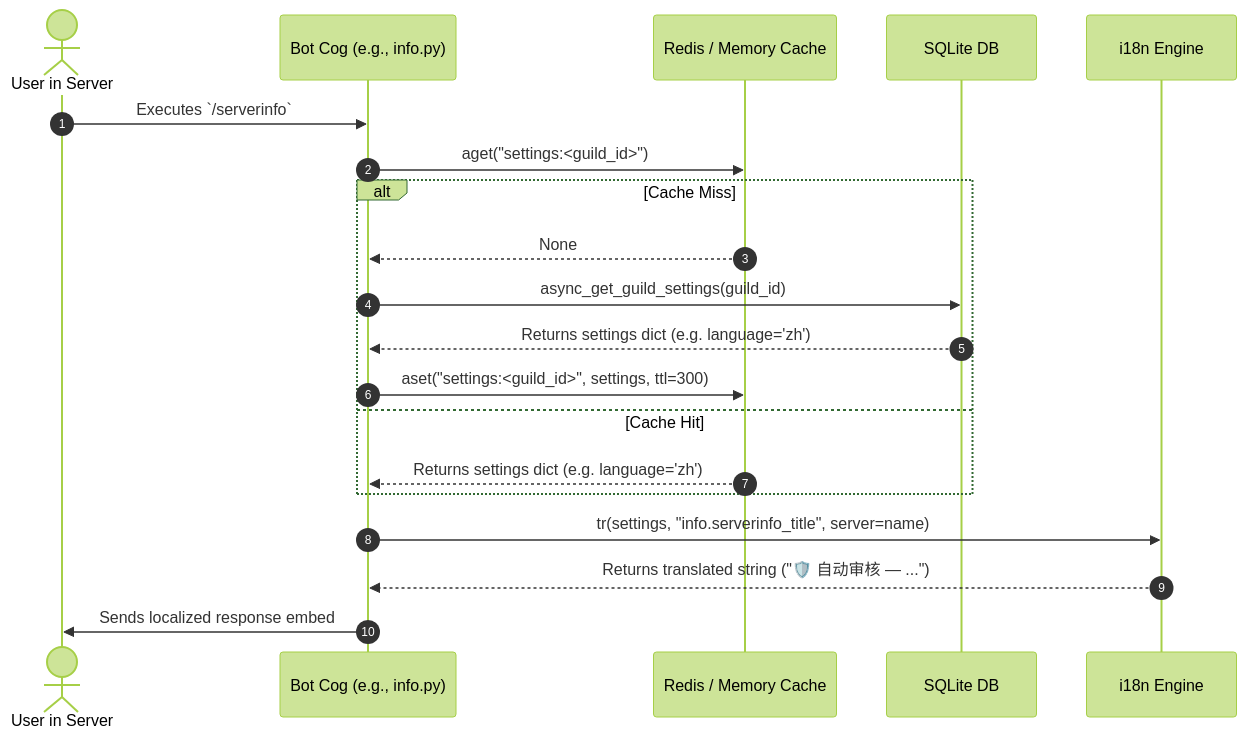
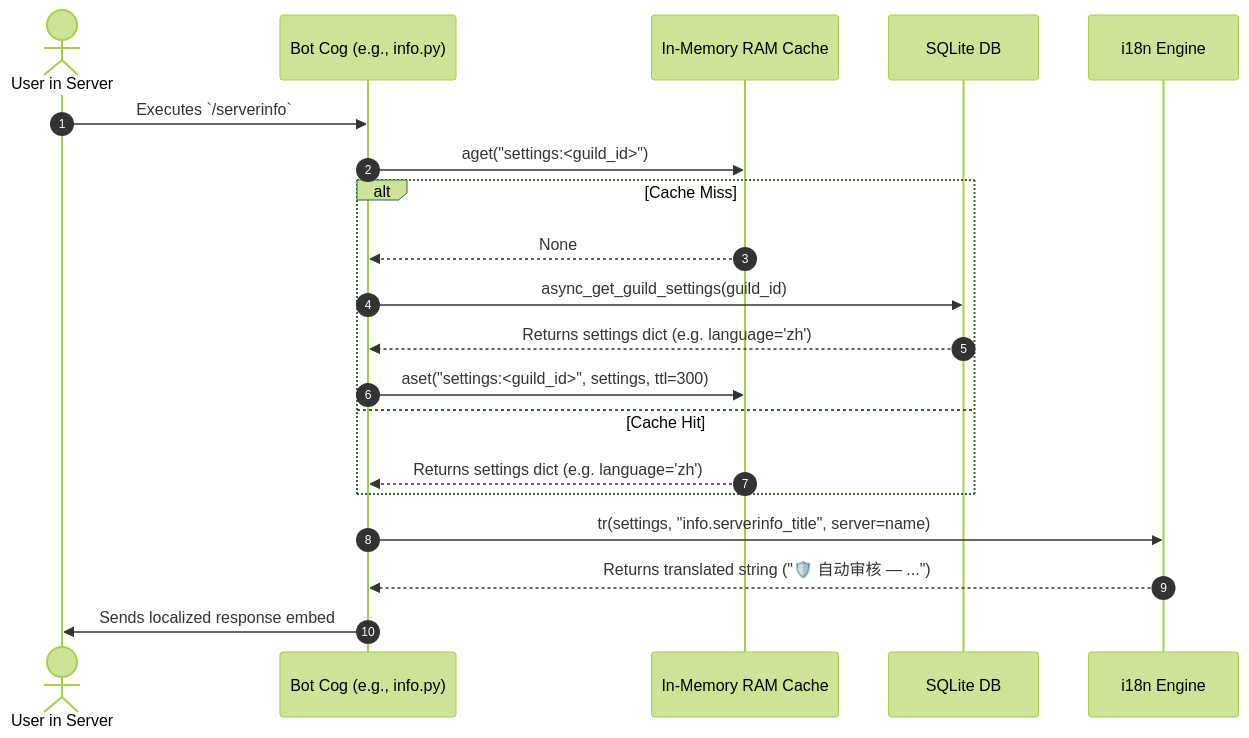
Before and after one commit to namokla2005/ZerynBot: the second of 2 diagrams in ARCHITECTURE.md, drawn with Mermaid (forest theme). The commit also changed other lines of this file and 34 other files, not shown here.

````diff
--- a/ARCHITECTURE.md
+++ b/ARCHITECTURE.md
@@ -314,23 +317,23 @@
 ```mermaid
 sequenceDiagram
     autonumber
     actor User as User in Server
     participant Bot as Bot Cog (e.g., info.py)
-    participant Cache as Redis / Memory Cache
+    participant Cache as In-Memory RAM Cache
     participant DB as SQLite DB
     participant i18n as i18n Engine
 
     User->>Bot: Executes `/serverinfo`
     Bot->>Cache: aget("settings:<guild_id>")
     alt Cache Miss
         Cache-->>Bot: None
         Bot->>DB: async_get_guild_settings(guild_id)
         DB-->>Bot: Returns settings dict (e.g. language='zh')
         Bot->>Cache: aset("settings:<guild_id>", settings, ttl=300)
     else Cache Hit
         Cache-->>Bot: Returns settings dict (e.g. language='zh')
     end
     Bot->>i18n: tr(settings, "info.serverinfo_title", server=name)
     i18n-->>Bot: Returns translated string ("🛡️ 自动审核 — ...")
     Bot->>User: Sends localized response embed
 ```
````
